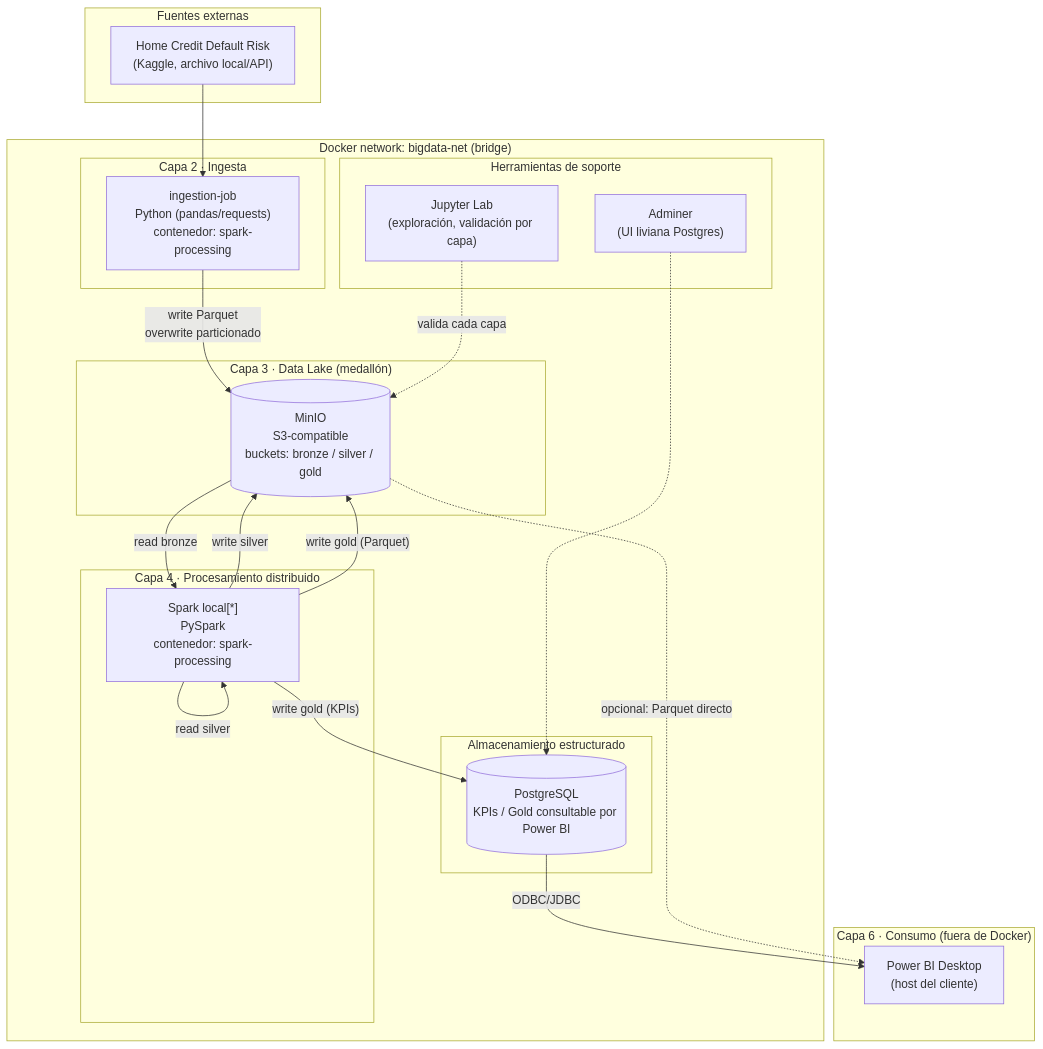
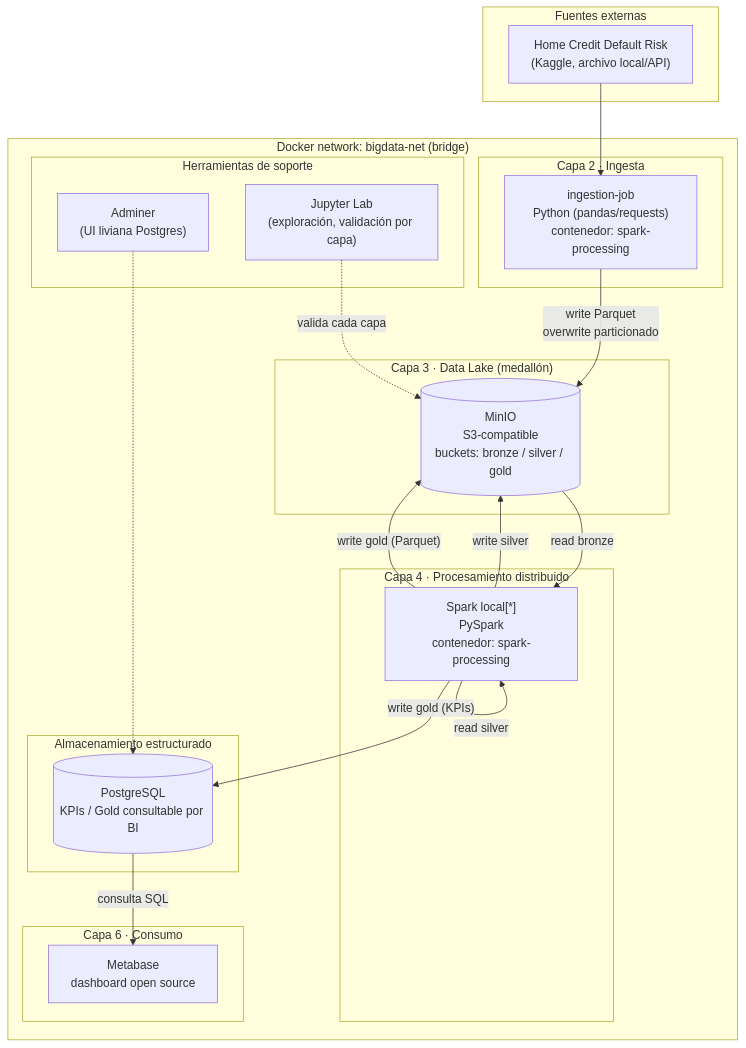
The first of 4 diagrams in docs/03-arquitectura-poc-mvp.md (edzamo/bigdata-credit-risk-architecture), drawn with Mermaid before and after one commit. The commit also changed other lines of this file and 6 other files, not shown here.

Commit message:
Agrega Metabase como servicio en Docker y actualiza la documentación de arquitectura

````diff
--- a/docs/03-arquitectura-poc-mvp.md
+++ b/docs/03-arquitectura-poc-mvp.md
@@ -29,45 +31,44 @@
 ```mermaid
 flowchart TB
     subgraph EXT["Fuentes externas"]
         KAGGLE["Home Credit Default Risk\n(Kaggle, archivo local/API)"]
     end
 
     subgraph DOCKER["Docker network: bigdata-net (bridge)"]
         subgraph ING["Capa 2 · Ingesta"]
             LOADER["ingestion-job\nPython (pandas/requests)\ncontenedor: spark-processing"]
         end
 
         subgraph LAKE["Capa 3 · Data Lake (medallón)"]
             MINIO[("MinIO\nS3-compatible\nbuckets: bronze / silver / gold")]
         end
 
         subgraph PROC["Capa 4 · Procesamiento distribuido"]
             SPARK["Spark local[*]\nPySpark\ncontenedor: spark-processing"]
         end
 
         subgraph STRUCT["Almacenamiento estructurado"]
-            PG[("PostgreSQL\nKPIs / Gold consultable por Power BI")]
+            PG[("PostgreSQL\nKPIs / Gold consultable por BI")]
         end
 
         subgraph DEV["Herramientas de soporte"]
             JUPYTER["Jupyter Lab\n(exploración, validación por capa)"]
             ADMINER["Adminer\n(UI liviana Postgres)"]
         end
-    end
 
-    subgraph CONSUMO["Capa 6 · Consumo (fuera de Docker)"]
-        PBI["Power BI Desktop\n(host del cliente)"]
+        subgraph CONSUMO["Capa 6 · Consumo"]
+            METABASE["Metabase\ndashboard open source"]
+        end
     end
 
     KAGGLE --> LOADER
     LOADER -->|"write Parquet\noverwrite particionado"| MINIO
     MINIO -->|"read bronze"| SPARK
     SPARK -->|"write silver"| MINIO
     SPARK -->|"read silver"| SPARK
     SPARK -->|"write gold (Parquet)"| MINIO
     SPARK -->|"write gold (KPIs)"| PG
     JUPYTER -.->|"valida cada capa"| MINIO
     ADMINER -.-> PG
-    PG -->|"ODBC/JDBC"| PBI
-    MINIO -.->|"opcional: Parquet directo"| PBI
+    PG -->|"consulta SQL"| METABASE
 ```
````
